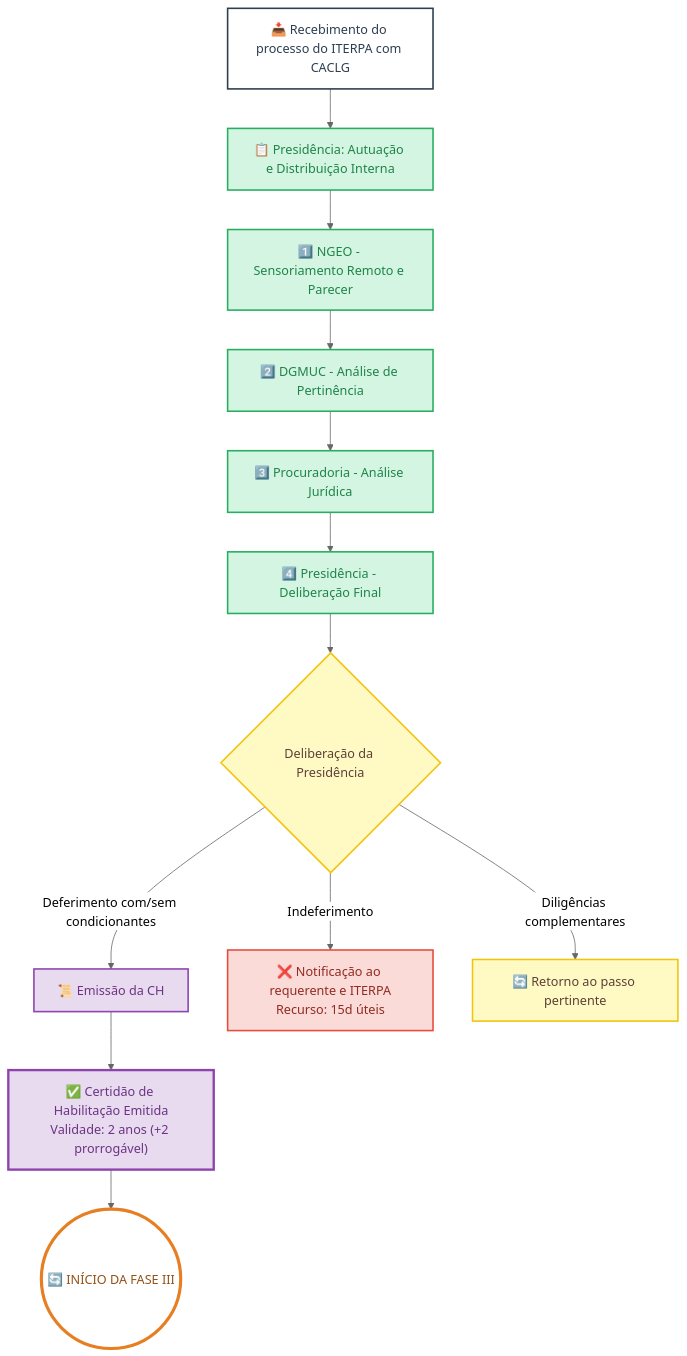
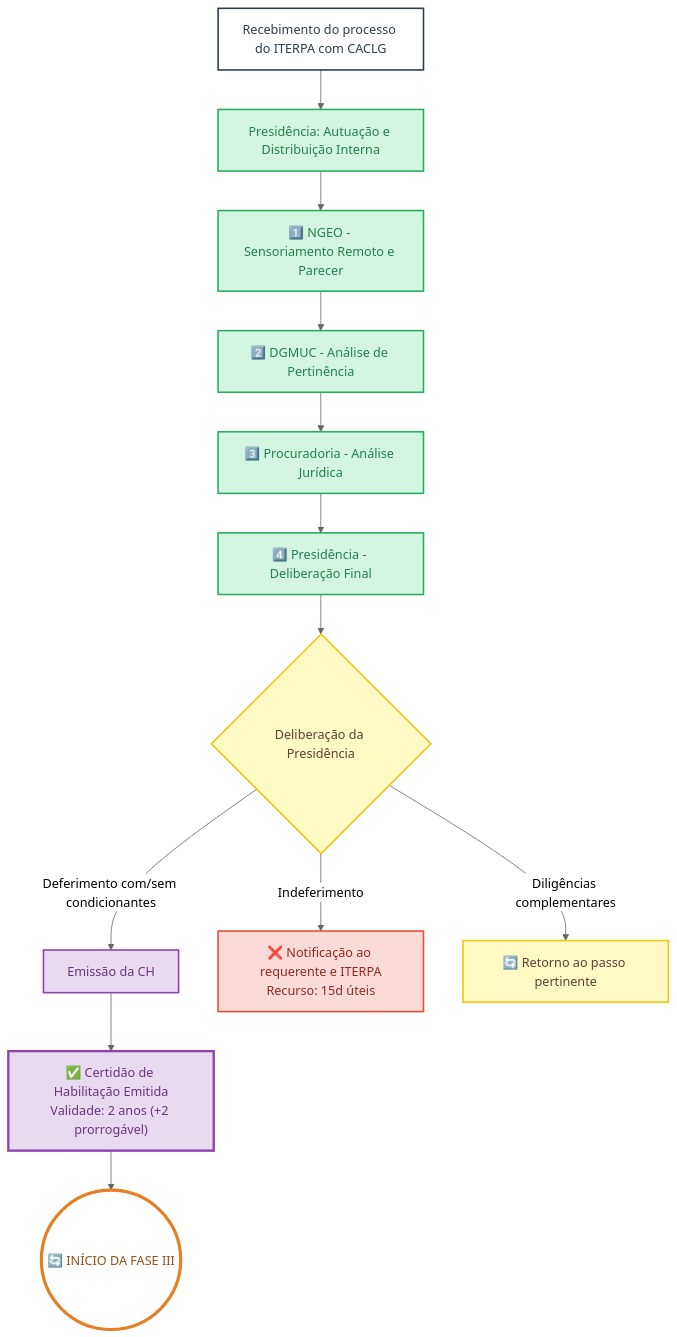
The diagram in docs/03-fluxos/imagens/03-fase-ii-geral.mmd (NGEO-IDEFLOR-Bio/certFundiaria-uces-pa), drawn with Mermaid (neutral theme) before and after one commit. The commit also changed 17 other files, not shown here.

Commit message:
docs: remove emojis decorativos dos diagramas e atualiza prazos do ngeo

```diff
--- a/docs/03-fluxos/imagens/03-fase-ii-geral.mmd
+++ b/docs/03-fluxos/imagens/03-fase-ii-geral.mmd
@@ -1,26 +1,26 @@
 flowchart TD
     classDef ideflor fill:#D5F5E3,stroke:#27AE60,stroke-width:2px,color:#1E8449
     classDef documento fill:#E8DAEF,stroke:#8E44AD,stroke-width:2px,color:#6C3483
     classDef decisao fill:#FFF9C4,stroke:#F1C40F,stroke-width:2px,color:#5D4037
     classDef rejeicao fill:#FADBD8,stroke:#E74C3C,stroke-width:2px,color:#922B21
     classDef inicio fill:#FFFFFF,stroke:#2C3E50,stroke-width:2px,color:#2C3E50
 
-    REC["📥 Recebimento do processo do ITERPA com CACLG"]:::inicio
-    --> AUT["📋 Presidência: Autuação e Distribuição Interna"]:::ideflor
+    REC["Recebimento do processo do ITERPA com CACLG"]:::inicio
+    --> AUT["Presidência: Autuação e Distribuição Interna"]:::ideflor
 
     AUT --> S1["1️⃣ NGEO - Sensoriamento Remoto e Parecer"]:::ideflor
     S1 --> S2["2️⃣ DGMUC - Análise de Pertinência"]:::ideflor
     S2 --> S3["3️⃣ Procuradoria - Análise Jurídica"]:::ideflor
     S3 --> S4["4️⃣ Presidência - Deliberação Final"]:::ideflor
 
     S4 --> DELIB{"Deliberação da Presidência"}:::decisao
 
-    DELIB --> |Deferimento com/sem condicionantes| EMITCH["📜 Emissão da CH"]:::documento
+    DELIB --> |Deferimento com/sem condicionantes| EMITCH["Emissão da CH"]:::documento
     DELIB --> |Indeferimento| INDEF["❌ Notificação ao requerente e ITERPA<br/>Recurso: 15d úteis"]:::rejeicao
     DELIB --> |Diligências complementares| DILIG["🔄 Retorno ao passo pertinente"]:::decisao
 
     EMITCH --> CHOK["✅ Certidão de Habilitação Emitida<br/>Validade: 2 anos (+2 prorrogável)"]:::documento
     CHOK --> F3(("🔄 INÍCIO DA FASE III")):::inicio
 
     style F3 stroke:#E67E22,stroke-width:4px,color:#935116
     style CHOK stroke-width:3px
```
